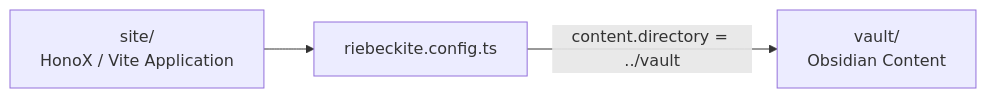
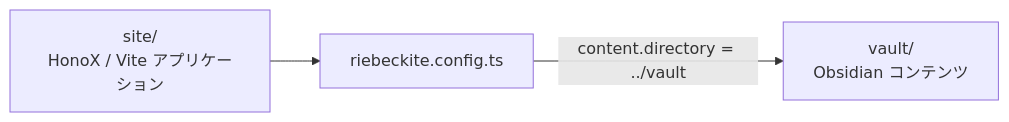
The third of 5 diagrams in docs/docs/reference/configuration/roots.ja.md (Rerurate514/riebeckite), drawn with Mermaid before and after one commit. The commit also changed other lines of this file and 310 other files, not shown here.

````diff
--- a/docs/docs/reference/configuration/roots.ja.md
+++ b/docs/docs/reference/configuration/roots.ja.md
@@ -155,9 +139,9 @@
 ```mermaid id="63njzu"
 flowchart LR
-    Site["site/<br/>HonoX / Vite Application"]
+    Site["site/<br/>HonoX / Vite アプリケーション"]
     Config["riebeckite.config.ts"]
-    Vault["vault/<br/>Obsidian Content"]
+    Vault["vault/<br/>Obsidian コンテンツ"]
 
     Site --> Config
     Config -->|"content.directory = ../vault"| Vault
 ```
````
